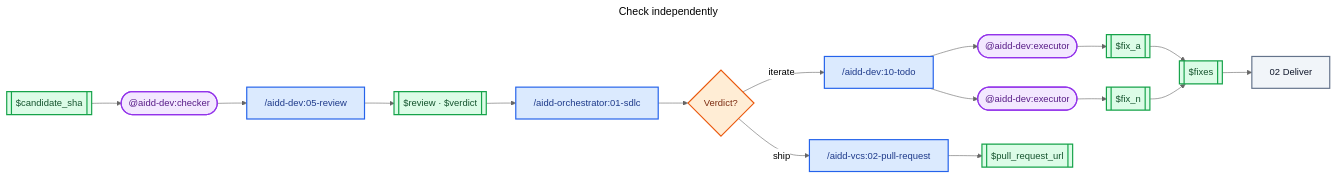
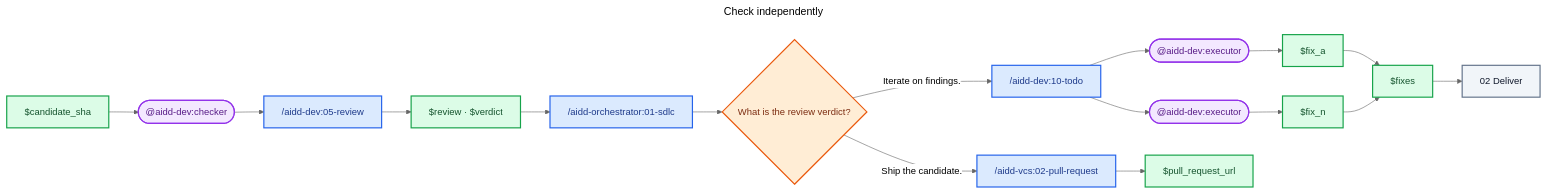
Before and after one commit to ai-driven-dev/aidd-framework: the diagram in plugins/aidd-orchestrator/skills/01-sdlc/references/03-check.md, drawn with Mermaid (neutral theme). The commit also changed 3 other files, not shown here.

Commit message:
refactor(orchestrator): clarify SDLC diagram labels

````diff
--- a/plugins/aidd-orchestrator/skills/01-sdlc/references/03-check.md
+++ b/plugins/aidd-orchestrator/skills/01-sdlc/references/03-check.md
@@ -5,49 +5,49 @@
 ```mermaid
 ---
 title: Check independently
 ---
 flowchart LR
-  CandidateSha[["$candidate_sha"]]
+  CandidateSha["$candidate_sha"]
   Checker(["@aidd-dev:checker"])
   Review["/aidd-dev:05-review"]
-  ReviewArtifact[["$review · $verdict"]]
+  ReviewArtifact["$review · $verdict"]
   Sdlc["/aidd-orchestrator:01-sdlc"]
-  Verdict{"Verdict?"}
+  Verdict{"What is the review verdict?"}
   Todo["/aidd-dev:10-todo"]
   ExecutorFirst(["@aidd-dev:executor"])
   ExecutorLast(["@aidd-dev:executor"])
-  FixFirst[["$fix_a"]]
-  FixLast[["$fix_n"]]
-  Fixes[["$fixes"]]
+  FixFirst["$fix_a"]
+  FixLast["$fix_n"]
+  Fixes["$fixes"]
   Deliver["02 Deliver"]
   PullRequest["/aidd-vcs:02-pull-request"]
-  PullRequestUrl[["$pull_request_url"]]
+  PullRequestUrl["$pull_request_url"]
 
   CandidateSha --> Checker
   Checker --> Review
   Review --> ReviewArtifact
   ReviewArtifact --> Sdlc
   Sdlc --> Verdict
-  Verdict -- "iterate" --> Todo
+  Verdict -- "Iterate on findings." --> Todo
   Todo --> ExecutorFirst
   Todo --> ExecutorLast
   ExecutorFirst --> FixFirst
   ExecutorLast --> FixLast
   FixFirst --> Fixes
   FixLast --> Fixes
   Fixes --> Deliver
-  Verdict -- "ship" --> PullRequest
+  Verdict -- "Ship the candidate." --> PullRequest
   PullRequest --> PullRequestUrl
 
   classDef skill fill:#DBEAFE,stroke:#2563EB,color:#1E3A8A,stroke-width:2px
   classDef agent fill:#F3E8FF,stroke:#9333EA,color:#581C87,stroke-width:2px
   classDef artifact fill:#DCFCE7,stroke:#16A34A,color:#14532D,stroke-width:2px
   classDef decision fill:#FFEDD5,stroke:#EA580C,color:#7C2D12,stroke-width:2px
   classDef zone fill:#F1F5F9,stroke:#64748B,color:#0F172A,stroke-width:2px
 
   class Review,Sdlc,Todo,PullRequest skill
   class Checker,ExecutorFirst,ExecutorLast agent
   class CandidateSha,ReviewArtifact,FixFirst,FixLast,Fixes,PullRequestUrl artifact
   class Verdict decision
   class Deliver zone
 ```
````
